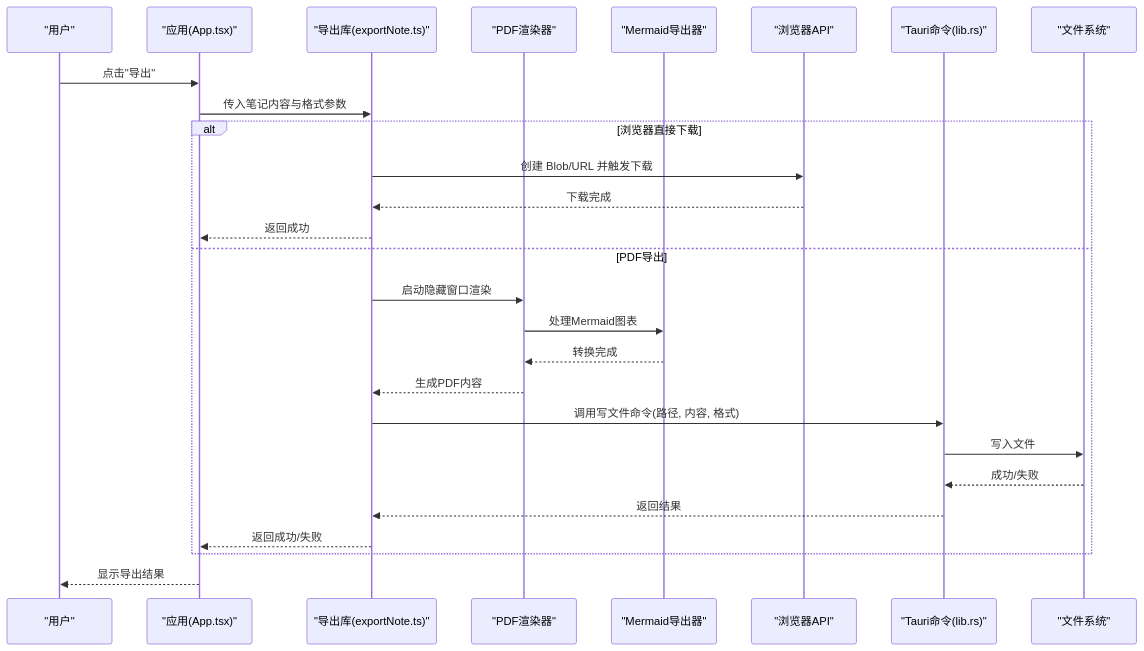
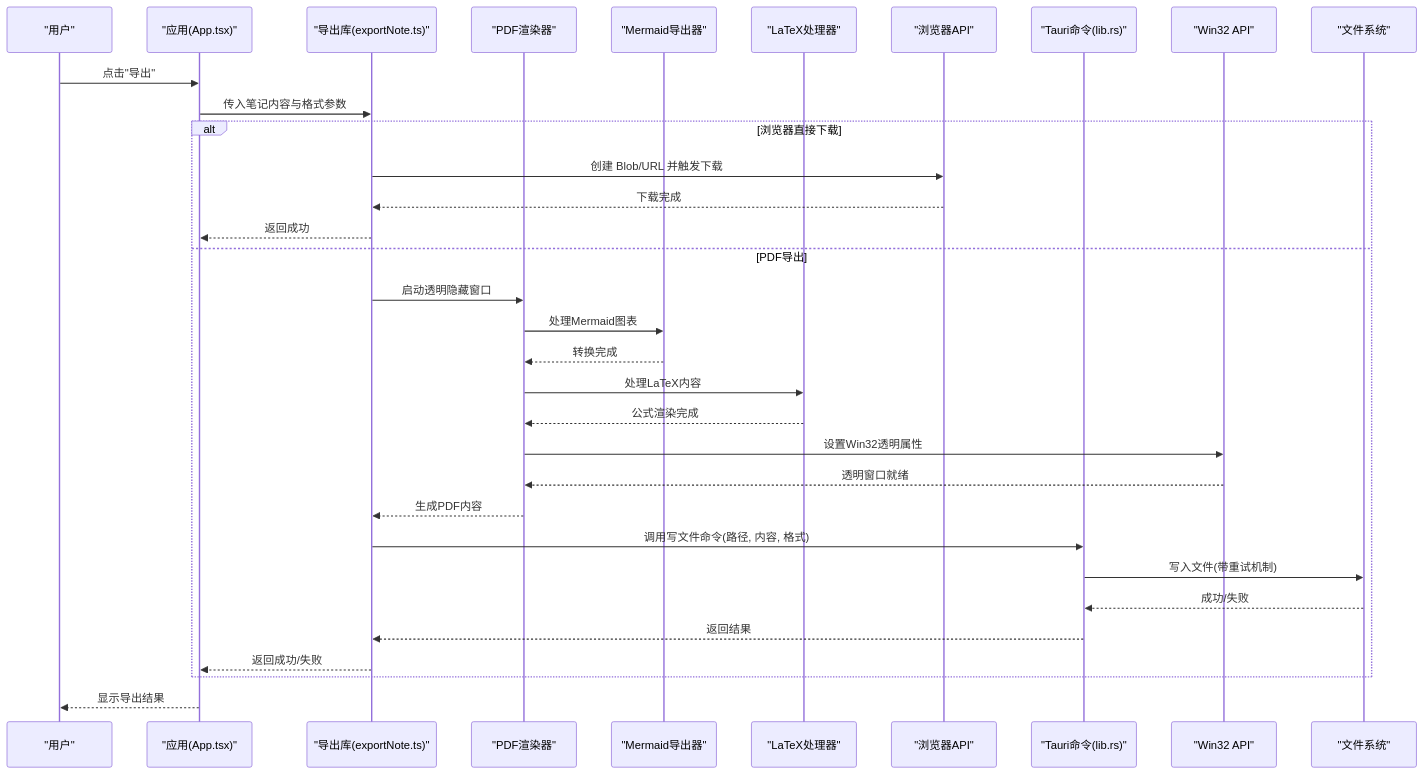
The second of 4 diagrams in .qoder/repowiki/zh/content/核心组件/导出功能.md (gongshiyun/ZenNote), drawn with Mermaid before and after one commit. The commit also changed other lines of this file and 88 other files, not shown here.

````diff
--- a/.qoder/repowiki/zh/content/核心组件/导出功能.md
+++ b/.qoder/repowiki/zh/content/核心组件/导出功能.md
@@ -115,29 +112,35 @@
 ```mermaid
 sequenceDiagram
 participant U as "用户"
 participant A as "应用(App.tsx)"
 participant E as "导出库(exportNote.ts)"
 participant P as "PDF渲染器"
 participant M as "Mermaid导出器"
+participant L as "LaTeX处理器"
 participant B as "浏览器API"
 participant T as "Tauri命令(lib.rs)"
+participant W as "Win32 API"
 participant F as "文件系统"
 U->>A : 点击"导出"
 A->>E : 传入笔记内容与格式参数
 alt 浏览器直接下载
 E->>B : 创建 Blob/URL 并触发下载
 B-->>E : 下载完成
 E-->>A : 返回成功
 else PDF导出
-E->>P : 启动隐藏窗口渲染
+E->>P : 启动透明隐藏窗口
 P->>M : 处理Mermaid图表
 M-->>P : 转换完成
+P->>L : 处理LaTeX内容
+L-->>P : 公式渲染完成
+P->>W : 设置Win32透明属性
+W-->>P : 透明窗口就绪
 P-->>E : 生成PDF内容
 E->>T : 调用写文件命令(路径, 内容, 格式)
-T->>F : 写入文件
+T->>F : 写入文件(带重试机制)
 F-->>T : 成功/失败
 T-->>E : 返回结果
 E-->>A : 返回成功/失败
 end
 A-->>U : 显示导出结果
 ```
````
